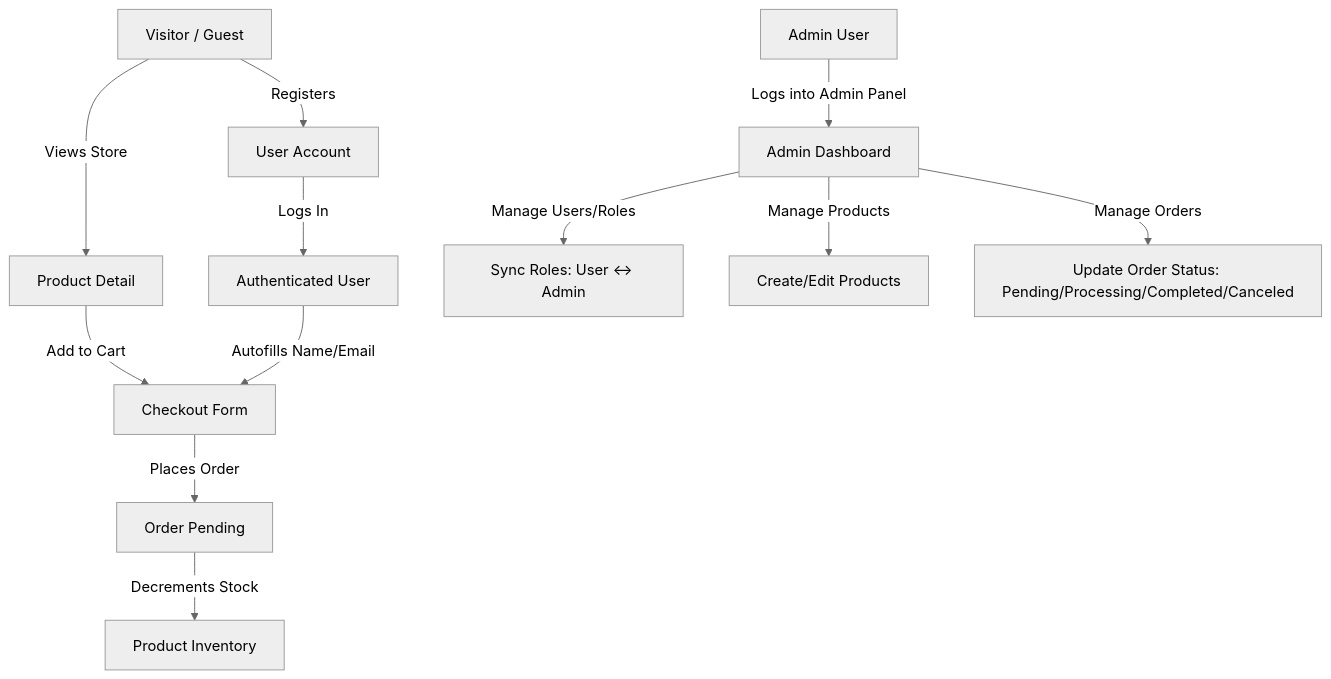
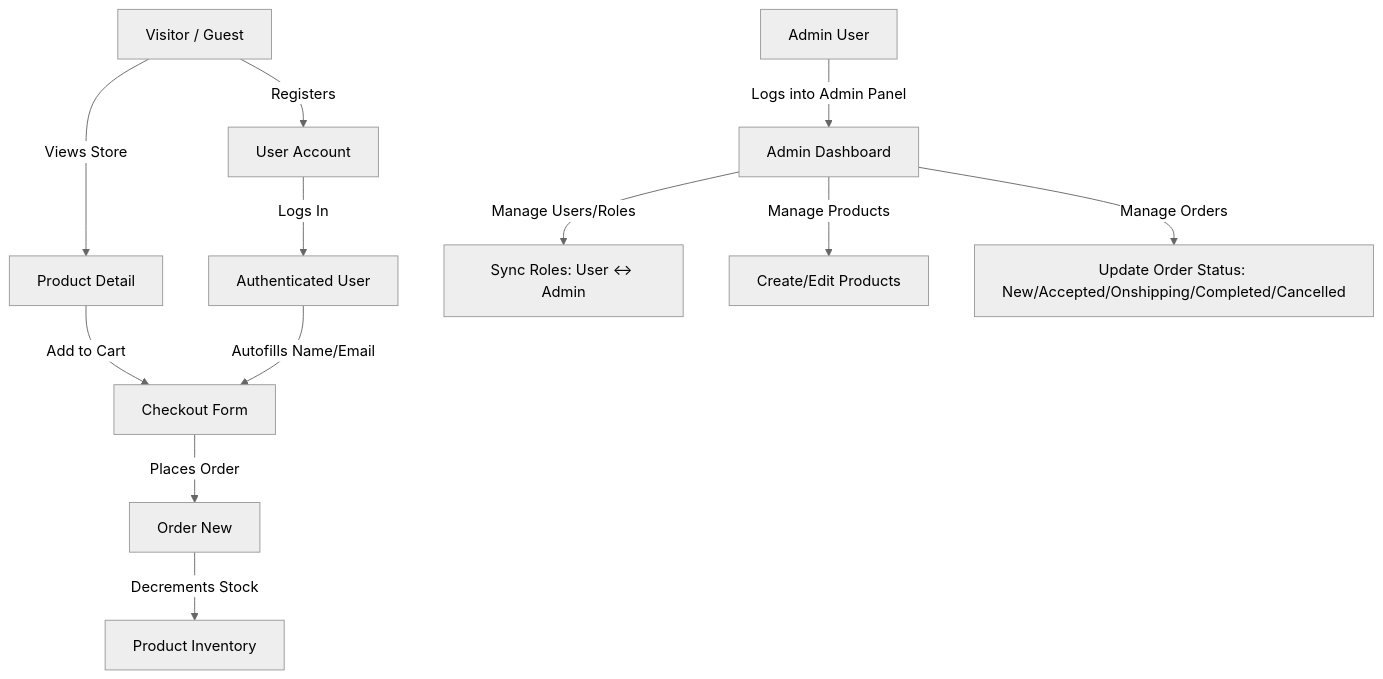
One commit to Arsedy/LaravelProject changed the diagram in README.md. Above: the diagram before and after it, drawn with Mermaid (neutral theme). The commit also changed other lines of this file and 9 other files, not shown here.

````diff
--- a/README.md
+++ b/README.md
@@ -99,17 +99,17 @@
 ```mermaid
 graph TD
     A[Visitor / Guest] -->|Registers| B[User Account]
     A -->|Views Store| C[Product Detail]
     B -->|Logs In| D[Authenticated User]
     
     C -->|Add to Cart| E[Checkout Form]
     D -->|Autofills Name/Email| E
     
-    E -->|Places Order| F[Order Pending]
+    E -->|Places Order| F[Order New]
     F -->|Decrements Stock| G[Product Inventory]
     
     H[Admin User] -->|Logs into Admin Panel| I[Admin Dashboard]
     I -->|Manage Users/Roles| J[Sync Roles: User <-> Admin]
     I -->|Manage Products| K[Create/Edit Products]
-    I -->|Manage Orders| L[Update Order Status: Pending/Processing/Completed/Canceled]
+    I -->|Manage Orders| L[Update Order Status: New/Accepted/Onshipping/Completed/Cancelled]
 ```
````
